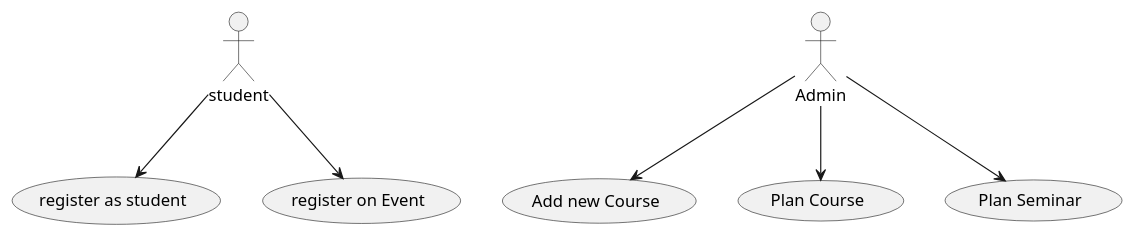
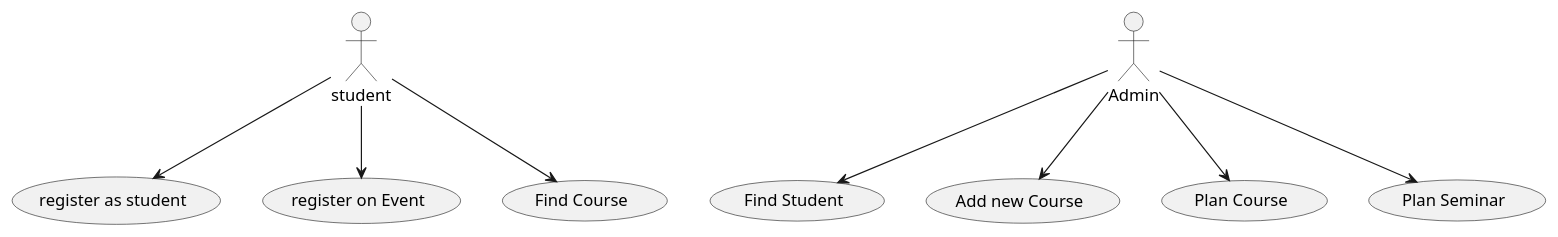
One commit to bigjim71/jpa-case changed the diagram in src/uml/usecases.puml. Above: the diagram before and after it, drawn with PlantUML. The commit also changed 5 other files, not shown here.

```diff
--- a/src/uml/usecases.puml
+++ b/src/uml/usecases.puml
@@ -1,13 +1,16 @@
 @startuml
 
 
 student --> (register as student)
 student --> (register on Event)
+student --> (Find Course)
+
+Admin --> (Find Student)
 Admin --> (Add new Course)
 Admin --> (Plan Course)
 Admin --> (Plan Seminar)
 
 
 
 
 @enduml
```
